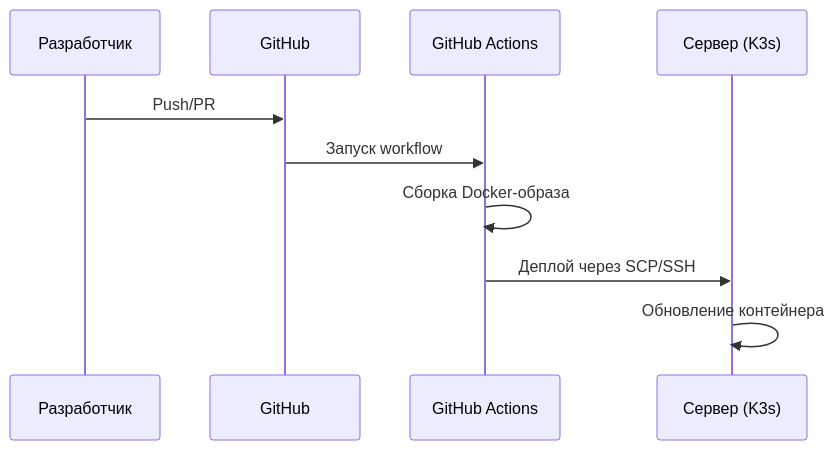
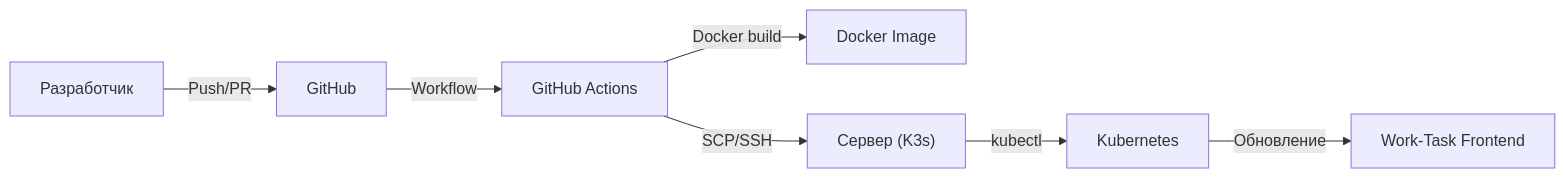
Before and after one commit to WorkTechDevelop/frontend: the sixth of 6 diagrams in README.md, drawn with Mermaid. The commit also changed other lines of this file, not shown here.

Commit message:
Enhance README.md with detailed explanations of application flow, project structure, and task lifecycle. Add flowcharts to illustrate user interactions and data processing, improving clarity for new users and developers.

````diff
--- a/README.md
+++ b/README.md
@@ -101,12 +198,9 @@
 ```mermaid
-sequenceDiagram
-  participant Dev as Разработчик
-  participant GitHub as GitHub
-  participant Actions as GitHub Actions
-  participant VPS as Сервер (K3s)
-  Dev->>GitHub: Push/PR
-  GitHub->>Actions: Запуск workflow
-  Actions->>Actions: Сборка Docker-образа
-  Actions->>VPS: Деплой через SCP/SSH
-  VPS->>VPS: Обновление контейнера
+flowchart LR
+  Dev["Разработчик"] -->|"Push/PR"| GitHub["GitHub"]
+  GitHub -->|"Workflow"| Actions["GitHub Actions"]
+  Actions -->|"Docker build"| Image["Docker Image"]
+  Actions -->|"SCP/SSH"| VPS["Сервер (K3s)"]
+  VPS -->|"kubectl"| K8s["Kubernetes"]
+  K8s -->|"Обновление"| App["Work-Task Frontend"]
 ```
````
